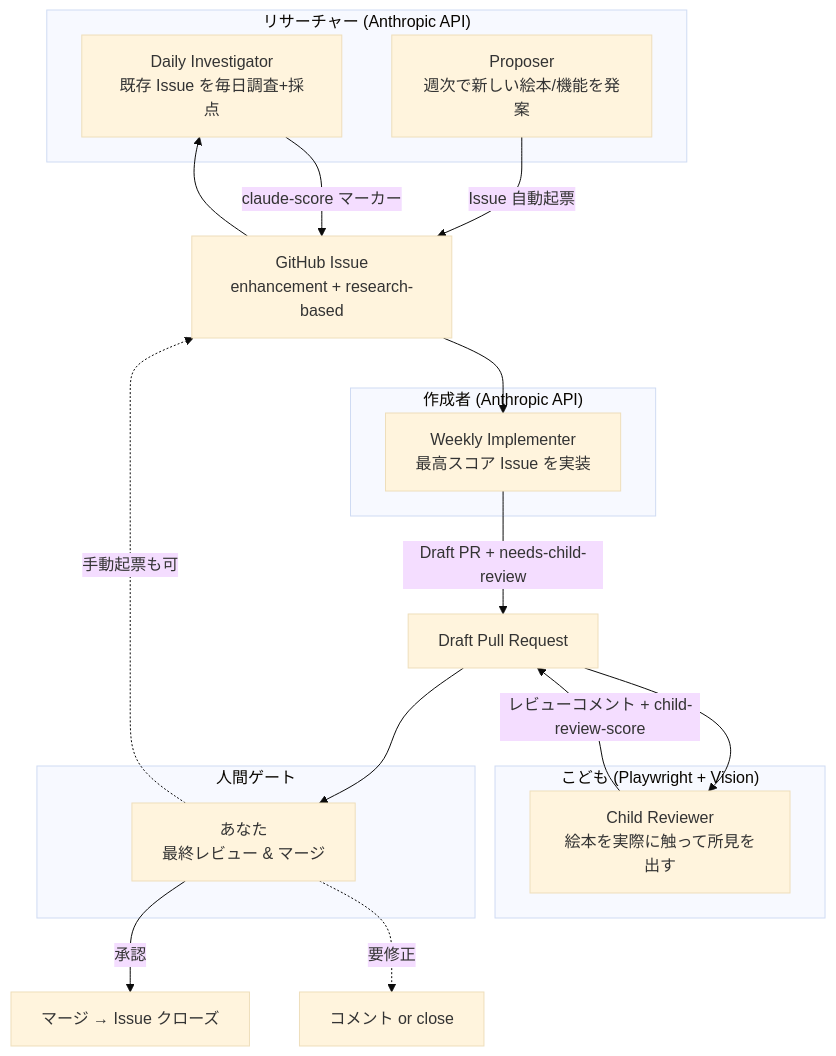
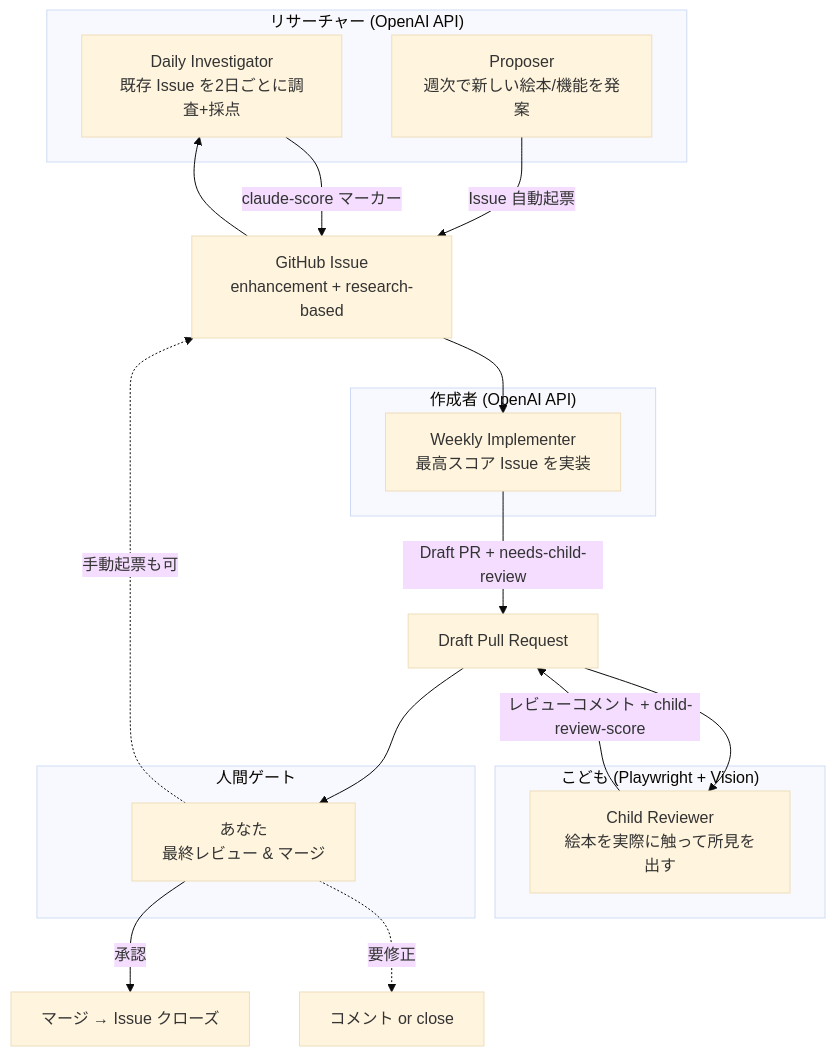
One commit to yk0817/baby-ehon changed the first of 11 diagrams in docs/automation/agent-pipeline.md. Above: the diagram before and after it, drawn with Mermaid (base theme). The commit also changed other lines of this file, not shown here.

````diff
--- a/docs/automation/agent-pipeline.md
+++ b/docs/automation/agent-pipeline.md
@@ -55,31 +55,31 @@
 ```mermaid
 flowchart TD
-    subgraph Researcher["リサーチャー (Anthropic API)"]
-        Daily["Daily Investigator<br>既存 Issue を毎日調査+採点"]
+    subgraph Researcher["リサーチャー (OpenAI API)"]
+        Daily["Daily Investigator<br>既存 Issue を2日ごとに調査+採点"]
         Proposer["Proposer<br>週次で新しい絵本/機能を発案"]
     end
 
-    subgraph Creator["作成者 (Anthropic API)"]
+    subgraph Creator["作成者 (OpenAI API)"]
         Weekly["Weekly Implementer<br>最高スコア Issue を実装"]
     end
 
     subgraph Child["こども (Playwright + Vision)"]
         Review["Child Reviewer<br>絵本を実際に触って所見を出す"]
     end
 
     subgraph HumanGate["人間ゲート"]
         Human["あなた<br>最終レビュー & マージ"]
     end
 
     Proposer -->|Issue 自動起票| Issue["GitHub Issue<br>enhancement + research-based"]
     Human -.->|手動起票も可| Issue
     Issue --> Daily
     Daily -->|claude-score マーカー| Issue
     Issue --> Weekly
     Weekly -->|Draft PR + needs-child-review| PR["Draft Pull Request"]
     PR --> Review
     Review -->|レビューコメント + child-review-score| PR
     PR --> Human
     Human -->|承認| Merge["マージ → Issue クローズ"]
     Human -.->|要修正| Fix["コメント or close"]
 ```
````
